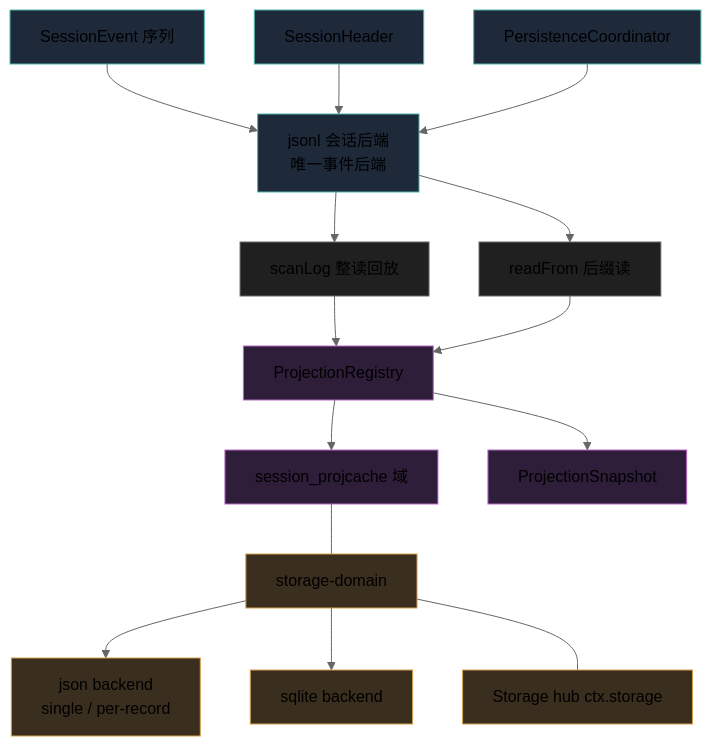
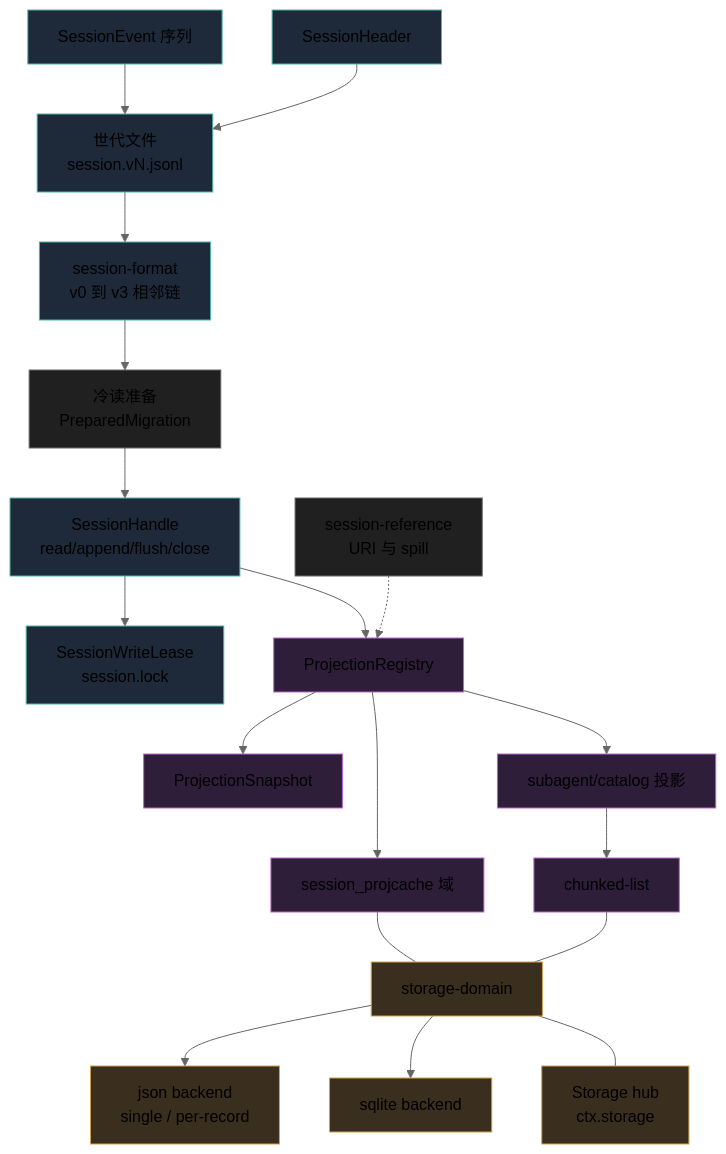
The first of 5 diagrams in ai-agent/deepseek-harness/data-model.md (morehao/oss-insights), drawn with Mermaid (neutral theme) before and after one commit. The commit also changed other lines of this file and 27 other files, not shown here.

````diff
--- a/ai-agent/deepseek-harness/data-model.md
+++ b/ai-agent/deepseek-harness/data-model.md
@@ -59,37 +116,45 @@
 ```mermaid
 graph TB
-    SE[SessionEvent 序列]
-    SH[SessionHeader]
-    COORD[PersistenceCoordinator]
-    JSONL[jsonl 会话后端<br>唯一事件后端]
-    B1[scanLog 整读回放]
-    B2[readFrom 后缀读]
-    REG[ProjectionRegistry]
-    CACHE[session_projcache 域]
-    SNAPSHOT[ProjectionSnapshot]
-    DOMAIN[storage-domain]
-    JSONKV[json backend<br>single / per-record]
-    SQLKV[sqlite backend]
-    HUB[Storage hub ctx.storage]
-    SE --> JSONL
-    SH --> JSONL
-    COORD --> JSONL
-    JSONL --> B1
-    JSONL --> B2
-    B1 --> REG
-    B2 --> REG
+    SE["SessionEvent 序列"]
+    SH["SessionHeader"]
+    H["SessionHandle<br>read/append/flush/close"]
+    LEASE["SessionWriteLease<br>session.lock"]
+    GEN["世代文件<br>session.vN.jsonl"]
+    CHAIN["session-format<br>v0 到 v3 相邻链"]
+    COLD["冷读准备<br>PreparedMigration"]
+    REG["ProjectionRegistry"]
+    CACHE["session_projcache 域"]
+    SNAP["ProjectionSnapshot"]
+    CHUNK["chunked-list"]
+    SUCAT["subagent/catalog 投影"]
+    DOMAIN["storage-domain"]
+    JSONKV["json backend<br>single / per-record"]
+    SQLKV["sqlite backend"]
+    HUB["Storage hub<br>ctx.storage"]
+    REF["session-reference<br>URI 与 spill"]
+    SE --> GEN
+    SH --> GEN
+    GEN --> CHAIN
+    CHAIN --> COLD
+    COLD --> H
+    H --> LEASE
+    H --> REG
     REG --> CACHE
-    REG --> SNAPSHOT
+    REG --> SNAP
+    REG --> SUCAT
+    SUCAT --> CHUNK
     CACHE --- DOMAIN
+    CHUNK --- DOMAIN
     DOMAIN --> JSONKV
     DOMAIN --> SQLKV
     DOMAIN --- HUB
+    REF -.-> REG
     classDef ev fill:#1e2a3a,stroke:#4db6ac;
     classDef pd fill:#2e1e3a,stroke:#ba68c8;
     classDef kv fill:#3a2e1e,stroke:#d4a04d;
     classDef br fill:#202020,stroke:#666;
-    class SE,SH,JSONL,COORD ev;
-    class REG,SNAPSHOT,CACHE pd;
+    class SE,SH,H,LEASE,GEN,CHAIN ev;
+    class REG,SNAP,CACHE,SUCAT,CHUNK pd;
     class DOMAIN,JSONKV,SQLKV,HUB kv;
-    class B1,B2 br;
+    class COLD,REF br;
 ```
````
